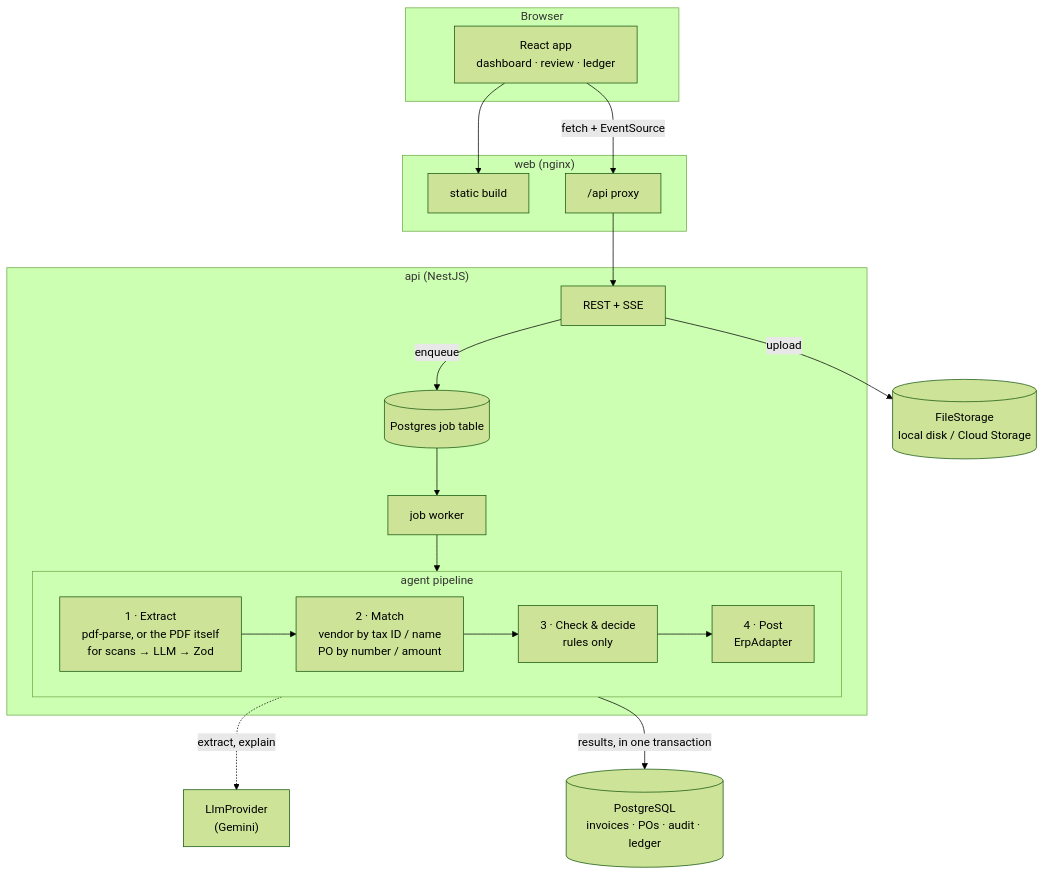
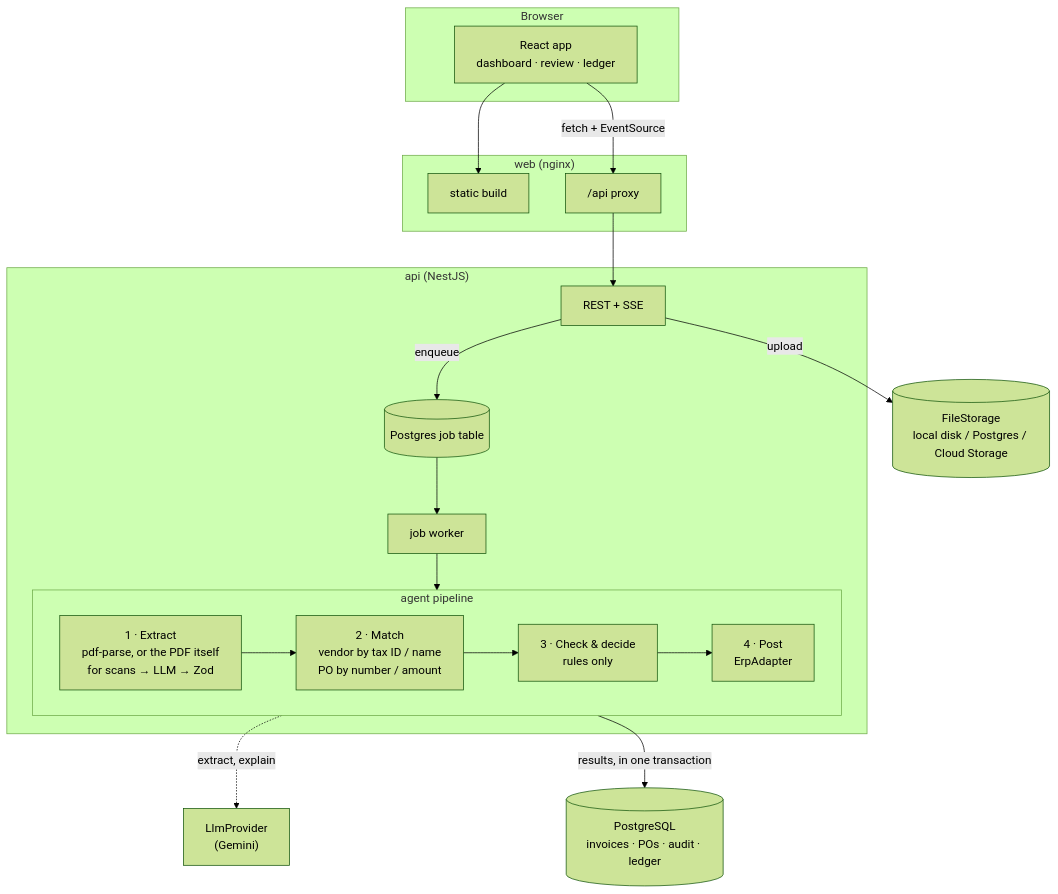
Before and after one commit to rudrakshSoni-dev/invoice-flow: the diagram in README.md, drawn with Mermaid (forest theme). The commit also changed other lines of this file and 6 other files, not shown here.

````diff
--- a/README.md
+++ b/README.md
@@ -9,31 +9,31 @@
 ```mermaid
 flowchart TB
   subgraph Browser
     UI["React app<br/>dashboard · review · ledger"]
   end
   subgraph web["web (nginx)"]
     Static[static build]
     Proxy["/api proxy"]
   end
   subgraph api["api (NestJS)"]
     REST[REST + SSE]
     Queue[(Postgres job table)]
     Worker[job worker]
     subgraph Pipeline["agent pipeline"]
       direction LR
       E["1 · Extract<br/>pdf-parse, or the PDF itself<br/>for scans → LLM → Zod"] --> M["2 · Match<br/>vendor by tax ID / name<br/>PO by number / amount"]
       M --> C["3 · Check & decide<br/>rules only"]
       C --> P["4 · Post<br/>ErpAdapter"]
     end
   end
   LLM["LlmProvider<br/>(Gemini)"]
   DB[(PostgreSQL<br/>invoices · POs · audit · ledger)]
-  Files[(FileStorage<br/>local disk / Cloud Storage)]
+  Files[(FileStorage<br/>local disk / Postgres / Cloud Storage)]
 
   UI --> Static
   UI -- fetch + EventSource --> Proxy --> REST
   REST -- upload --> Files
   REST -- enqueue --> Queue --> Worker --> Pipeline
   E -. extract, explain .-> LLM
   P -- results, in one transaction --> DB
 ```
````
